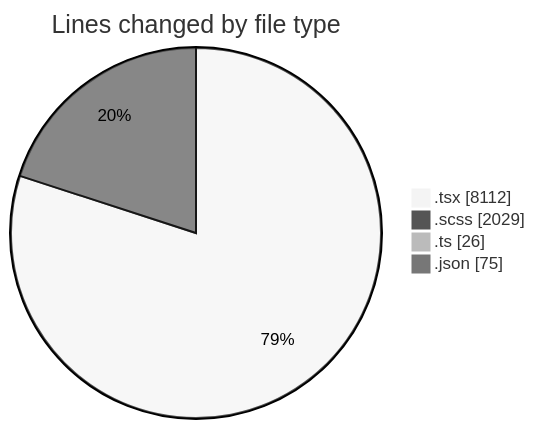
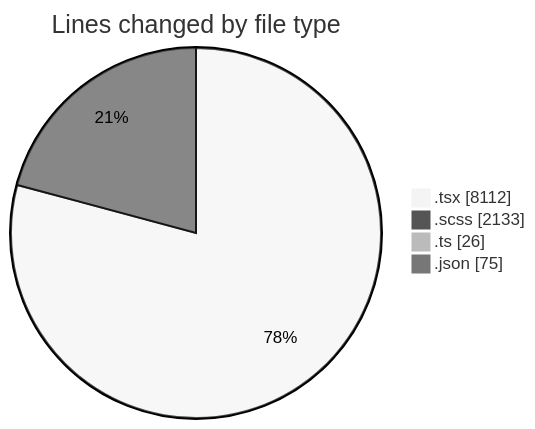
Before and after one commit to momahboobian/code-tracking: the first of 2 diagrams in 2025-04-09/cda/README.md, drawn with Mermaid (neutral theme). The commit also changed other lines of this file and 1 other file, not shown here.

````diff
--- a/2025-04-09/cda/README.md
+++ b/2025-04-09/cda/README.md
@@ -48,8 +48,8 @@
 ```mermaid
 pie showData
 title Lines changed by file type
 ".tsx" : 8112
-".scss" : 2029
+".scss" : 2133
 ".ts" : 26
 ".json" : 75
 ```
````
